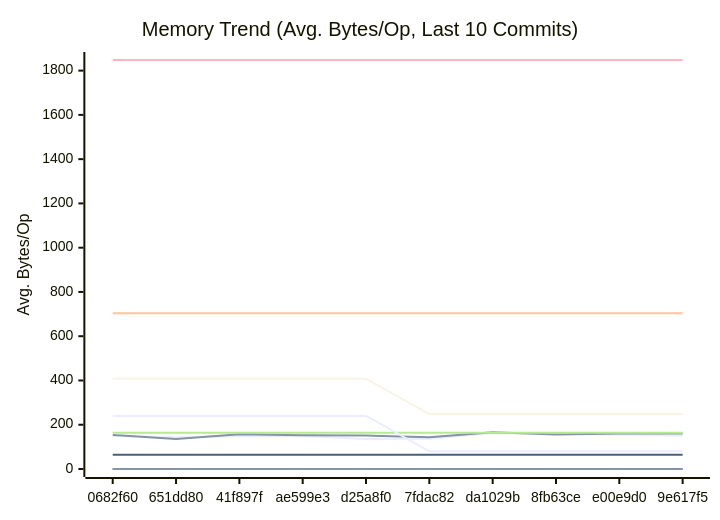
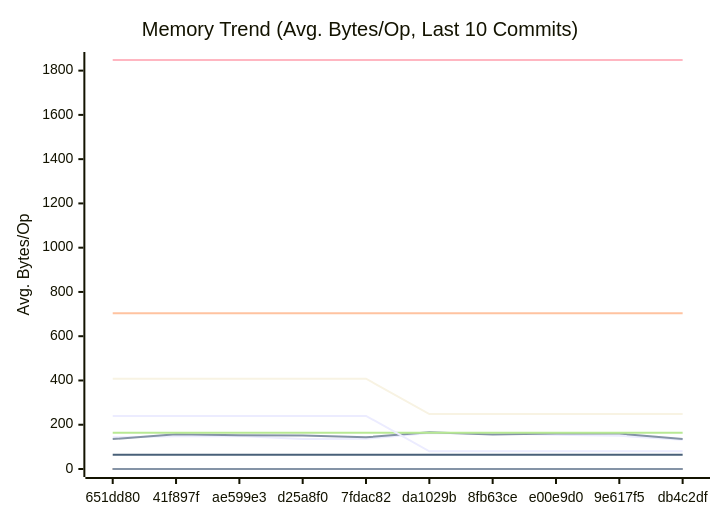
The second of 3 diagrams in docs/PERFORMANCE.md (alsotoes/momo), drawn with Mermaid before and after one commit. The commit also changed other lines of this file and 3 other files, not shown here.

````diff
--- a/docs/PERFORMANCE.md
+++ b/docs/PERFORMANCE.md
@@ -171,20 +171,20 @@
 ```mermaid
 xychart-beta
     title "Memory Trend (Avg. Bytes/Op, Last 10 Commits)"
     x-axis "Commit"
     y-axis "Avg. Bytes/Op"
-    x-axis [0682f60,651dd80,41f897f,ae599e3,d25a8f0,7fdac82,da1029b,8fb63ce,e00e9d0,9e617f5]
-    line "AWSChunkedReaderSigned" [150,143,148,149,136,137,163,160,155,150]
-    line "AWSChunkedReaderUnsigned" [154,135,157,153,151,143,166,156,160,160]
+    x-axis [651dd80,41f897f,ae599e3,d25a8f0,7fdac82,da1029b,8fb63ce,e00e9d0,9e617f5,db4c2df]
+    line "AWSChunkedReaderSigned" [143,148,149,136,137,163,160,155,150,132]
+    line "AWSChunkedReaderUnsigned" [135,157,153,151,143,166,156,160,160,136]
     line "CheckMetricsAndSwap" [0,0,0,0,0,0,0,0,0,0]
     line "CrushOptimized" [0,0,0,0,0,0,0,0,0,0]
     line "CrushOriginal" [164,164,164,164,164,164,164,164,164,164]
     line "IndexDirectTracking" [0,0,0,0,0,0,0,0,0,0]
     line "IndexSearch" [0,0,0,0,0,0,0,0,0,0]
     line "LoadGlobalConfig" [1848,1848,1848,1848,1848,1848,1848,1848,1848,1848]
     line "PadString" [64,64,64,64,64,64,64,64,64,64]
     line "ParseReplicationOrder_NoPrealloc" [408,408,408,408,408,248,248,248,248,248]
     line "ParseReplicationOrder_Prealloc" [240,240,240,240,240,80,80,80,80,80]
     line "SanitizeLog/Safe" [0,0,0,0,0,0,0,0,0,0]
     line "SanitizeLog/Unsafe" [704,704,704,704,704,704,704,704,704,704]
 ```
````
